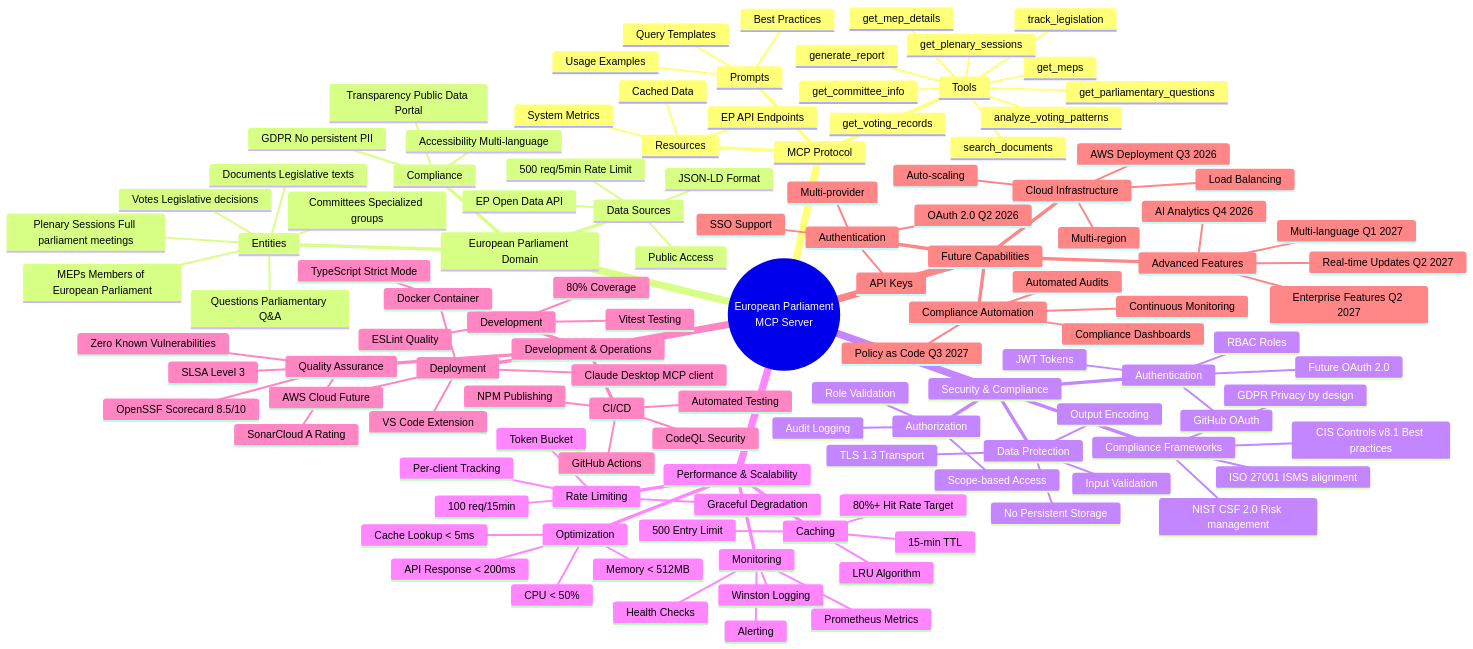
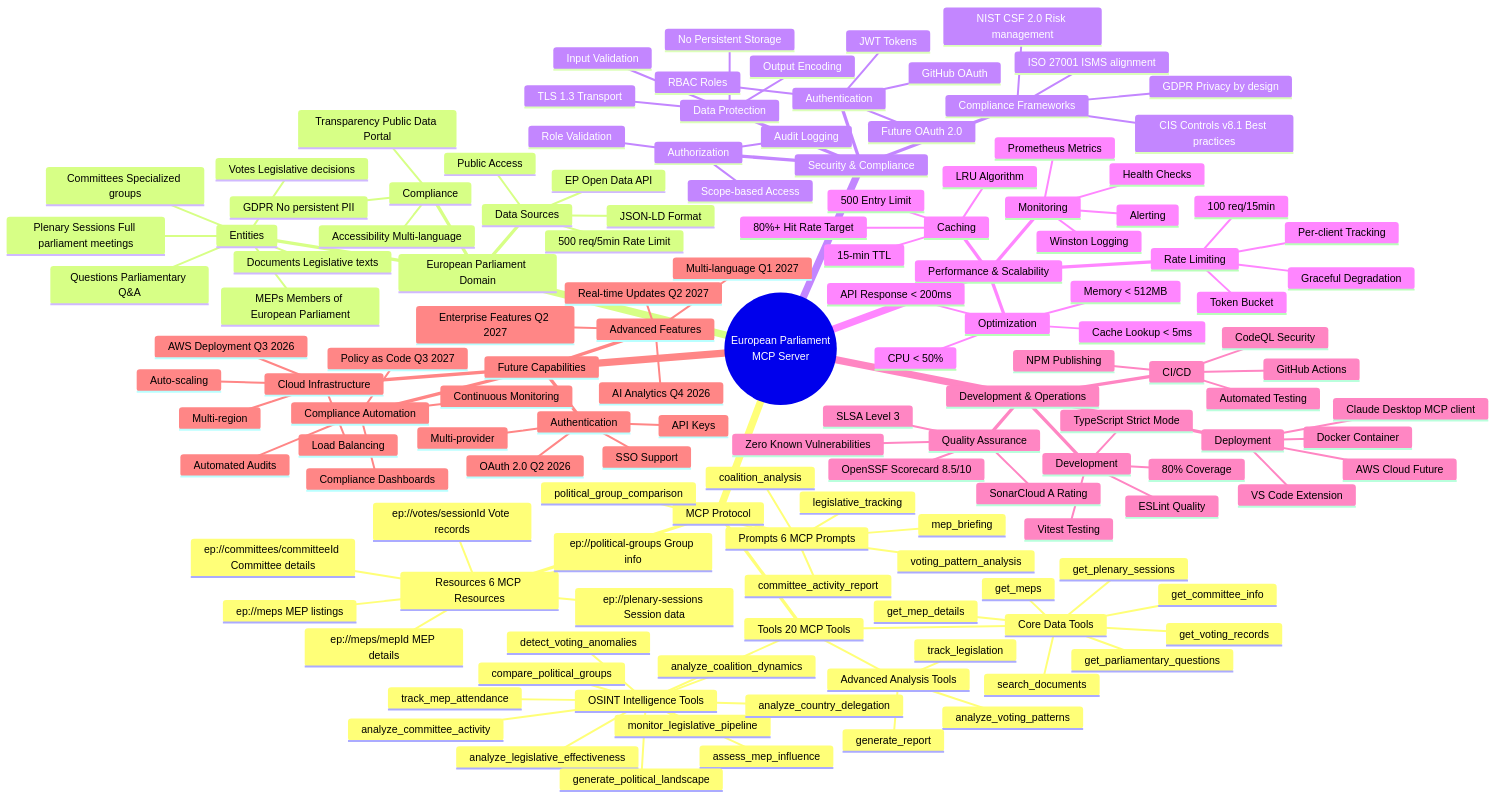
One commit to Hack23/European-Parliament-MCP-Server changed the first of 6 diagrams in MINDMAP.md. Above: the diagram before and after it, drawn with Mermaid. The commit also changed 5 other files, not shown here.

First line of the commit message:
docs: update remaining MD files with accurate 20-tool counts and OSINT tools

```diff
--- a/MINDMAP.md
+++ b/MINDMAP.md
@@ -35,25 +35,44 @@
 mindmap
   root((European Parliament<br/>MCP Server))
     MCP Protocol
-      Tools
-        get_meps
-        get_mep_details
-        get_plenary_sessions
-        get_voting_records
-        search_documents
-        get_committee_info
-        get_parliamentary_questions
-        analyze_voting_patterns
-        track_legislation
-        generate_report
-      Resources
-        EP API Endpoints
-        Cached Data
-        System Metrics
-      Prompts
-        Query Templates
-        Usage Examples
-        Best Practices
+      Tools 20 MCP Tools
+        Core Data Tools
+          get_meps
+          get_mep_details
+          get_plenary_sessions
+          get_voting_records
+          search_documents
+          get_committee_info
+          get_parliamentary_questions
+        Advanced Analysis Tools
+          analyze_voting_patterns
+          track_legislation
+          generate_report
+        OSINT Intelligence Tools
+          assess_mep_influence
+          analyze_coalition_dynamics
+          detect_voting_anomalies
+          compare_political_groups
+          analyze_legislative_effectiveness
+          monitor_legislative_pipeline
+          analyze_committee_activity
+          track_mep_attendance
+          analyze_country_delegation
+          generate_political_landscape
+      Resources 6 MCP Resources
+        ep://meps MEP listings
+        ep://meps/mepId MEP details
+        ep://committees/committeeId Committee details
+        ep://plenary-sessions Session data
+        ep://votes/sessionId Vote records
+        ep://political-groups Group info
+      Prompts 6 MCP Prompts
+        mep_briefing
+        coalition_analysis
+        legislative_tracking
+        political_group_comparison
+        committee_activity_report
+        voting_pattern_analysis
       
     European Parliament Domain
       Entities
```
